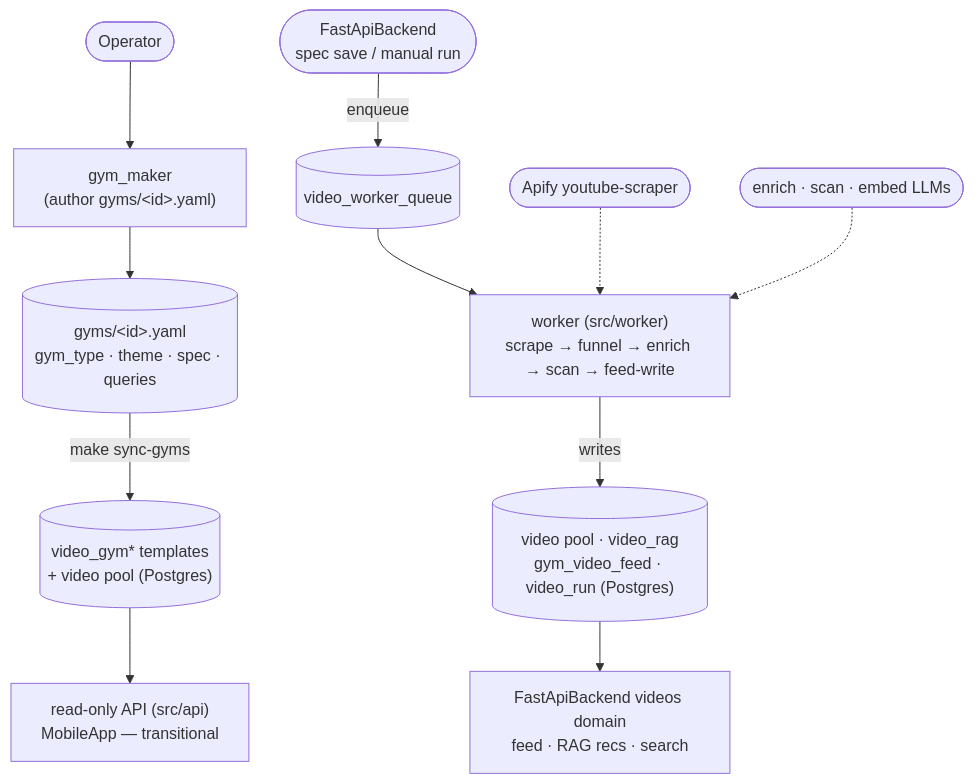
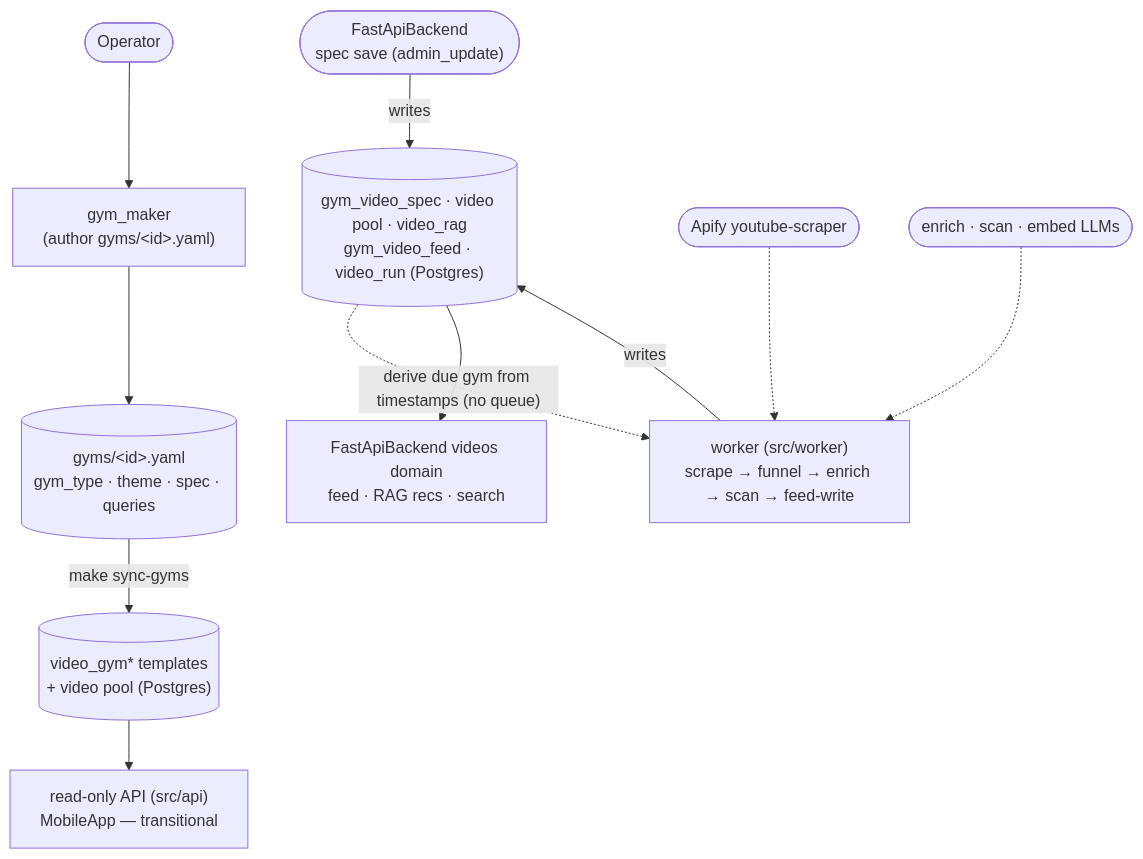
One commit to jesse51002/CombatDen changed the diagram in VideoService/README.md. Above: the diagram before and after it, drawn with Mermaid. The commit also changed other lines of this file and 41 other files, not shown here.

````diff
--- a/VideoService/README.md
+++ b/VideoService/README.md
@@ -85,15 +85,15 @@
 ```mermaid
 flowchart TD
     human(["Operator"]) --> maker["gym_maker<br/>(author gyms/&lt;id&gt;.yaml)"]
     maker --> gym[("gyms/&lt;id&gt;.yaml<br/>gym_type · theme · spec · queries")]
     gym -->|make sync-gyms| tmpl[("video_gym* templates<br/>+ video pool (Postgres)")]
 
-    backend(["FastApiBackend<br/>spec save / manual run"]) -->|enqueue| queue[("video_worker_queue")]
-    queue --> worker["worker (src/worker)<br/>scrape → funnel → enrich → scan → feed-write"]
+    backend(["FastApiBackend<br/>spec save (admin_update)"]) -->|writes| real[("gym_video_spec · video pool · video_rag<br/>gym_video_feed · video_run (Postgres)")]
+    real -.->|"derive due gym from timestamps (no queue)"| worker["worker (src/worker)<br/>scrape → funnel → enrich → scan → feed-write"]
     apify(["Apify youtube-scraper"]) -.-> worker
     llm(["enrich · scan · embed LLMs"]) -.-> worker
-    worker -->|writes| real[("video pool · video_rag<br/>gym_video_feed · video_run (Postgres)")]
+    worker -->|writes| real
 
     tmpl --> api["read-only API (src/api)<br/>MobileApp — transitional"]
     real --> fb["FastApiBackend videos domain<br/>feed · RAG recs · search"]
 ```
````
